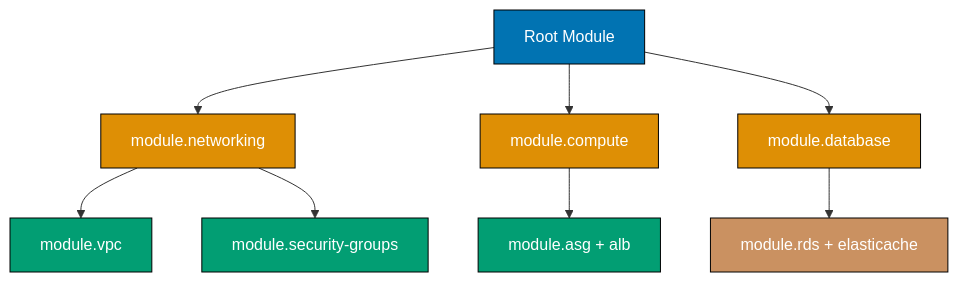
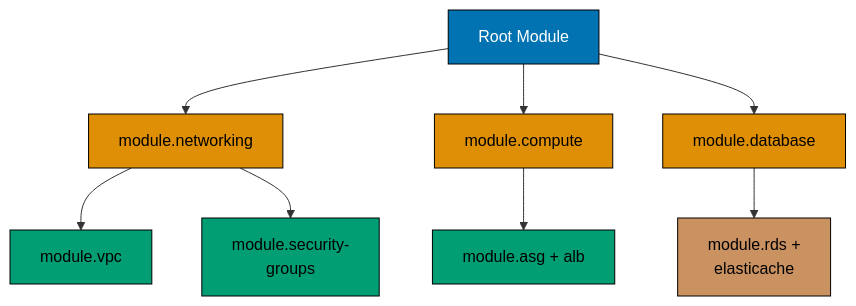
One commit to wahidyankf/ose-public changed the eighth of 9 diagrams in apps/ayokoding-www/content/en/learn/legacy/software-engineering/infrastructure/infrastructure-as-code/by-example/advanced.md. Above: the diagram before and after it, drawn with Mermaid. The commit also changed other lines of this file and 131 other files, not shown here.

First line of the commit message:
fix(mermaid): bring the legacy data, infrastructure, and testing diagrams onto the accessible palette

````diff
--- a/apps/ayokoding-www/content/en/learn/legacy/software-engineering/infrastructure/infrastructure-as-code/by-example/advanced.md
+++ b/apps/ayokoding-www/content/en/learn/legacy/software-engineering/infrastructure/infrastructure-as-code/by-example/advanced.md
@@ -1989,20 +2036,27 @@
 ```mermaid
 %% Color Palette: Blue #0173B2, Orange #DE8F05, Teal #029E73, Purple #CC78BC, Brown #CA9161
 graph TD
+  accTitle: Example 81: Large-Scale Module Composition
+  accDescr: Graph with 8 nodes and 7 connections. Nodes: Root Module, module.networking, module.compute, module.database, module.vpc, module.security- groups, module.asg + alb, module.rds + elasticache. Connections: Root Module to module.networking, Root Module to module.compute, Root Module to module.database, module.networking to module.vpc, module.networking to module.security- groups, module.compute to module.asg + alb, module.database to module.rds + elasticache.
   A["Root Module"] --> B["module.networking"]
   A --> C["module.compute"]
   A --> D["module.database"]
   B --> E["module.vpc"]
-  B --> F["module.security-groups"]
+  B --> F["module.security-<br/>groups"]
   C --> G["module.asg + alb"]
-  D --> H["module.rds + elasticache"]
+  D --> H["module.rds +<br/>elasticache"]
 
-  style A fill:#0173B2,stroke:#000,color:#fff
-  style B fill:#DE8F05,stroke:#000,color:#fff
-  style C fill:#DE8F05,stroke:#000,color:#fff
-  style D fill:#DE8F05,stroke:#000,color:#fff
-  style E fill:#029E73,stroke:#000,color:#fff
-  style F fill:#029E73,stroke:#000,color:#fff
-  style G fill:#029E73,stroke:#000,color:#fff
-  style H fill:#CA9161,stroke:#000,color:#fff
+  classDef pal-0173B2 fill:#0173B2,stroke:#000000,color:#FFFFFF
+  class A pal-0173B2
+  classDef pal-DE8F05 fill:#DE8F05,stroke:#000000,color:#000000
+  class B pal-DE8F05
+  class C pal-DE8F05
+  class D pal-DE8F05
+  classDef pal-029E73 fill:#029E73,stroke:#000000,color:#000000
+  class E pal-029E73
+  class F pal-029E73
+  class G pal-029E73
+  classDef pal-CA9161 fill:#CA9161,stroke:#000000,color:#000000
+  class H pal-CA9161
+  classDef default fill:#FFFFFF,stroke:#000000,color:#000000
 ```
````
